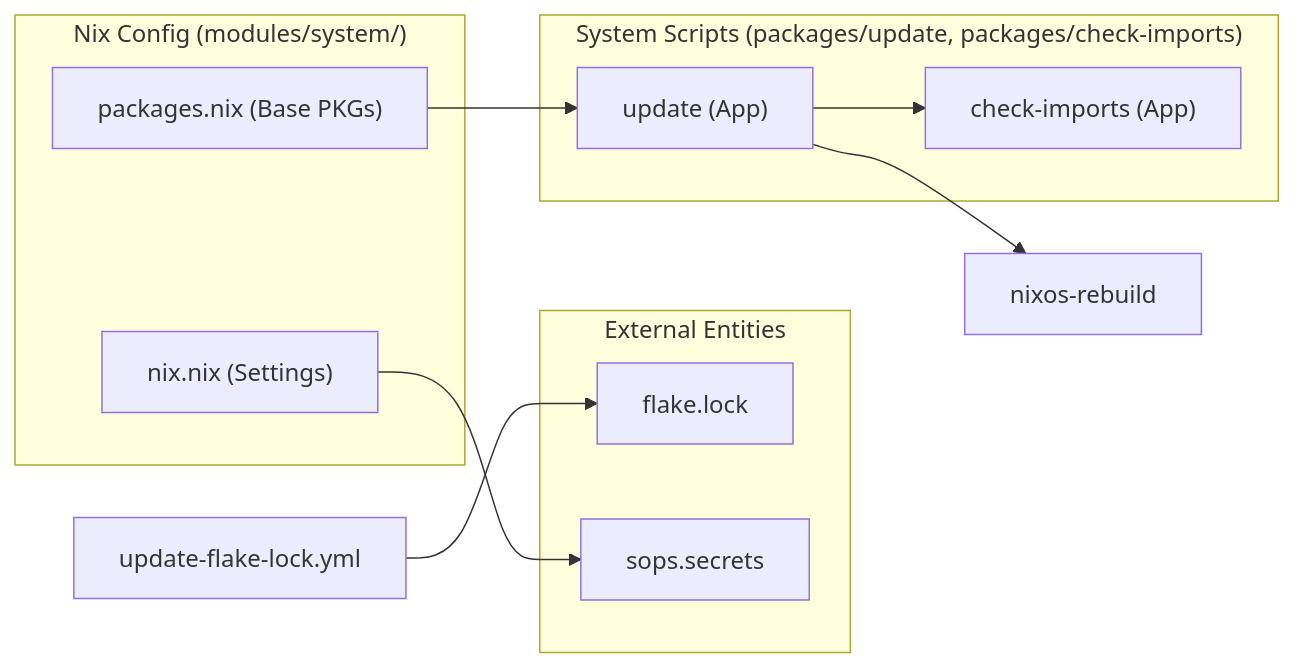
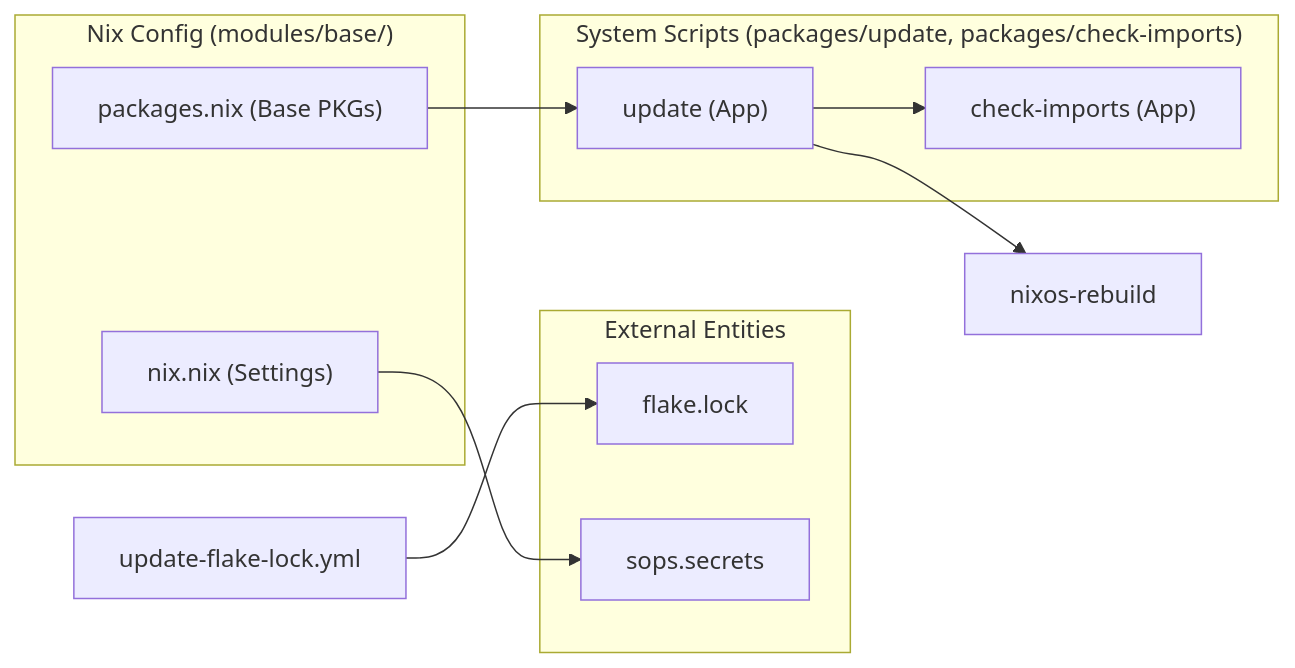
The second of 2 diagrams in docs/Getting-Started-Building-and-Updating-the-System.md (Cody-W-Tucker/nix-config), drawn with Mermaid before and after one commit. The commit also changed other lines of this file and 35 other files, not shown here.

````diff
--- a/docs/Getting-Started-Building-and-Updating-the-System.md
+++ b/docs/Getting-Started-Building-and-Updating-the-System.md
@@ -148,22 +149,22 @@
 ```mermaid
 flowchart LR
     REBUILD["nixos-rebuild"]
     GITHUB_ACTION["update-flake-lock.yml"]
     subgraph subGraph2 ["External Entities"]
         FLAKE_LOCK["flake.lock"]
         SOPS_SECRETS["sops.secrets"]
     end
-    subgraph subGraph1 ["Nix Config (modules/system/)"]
+    subgraph subGraph1 ["Nix Config (modules/base/)"]
         NIX_SETTINGS["nix.nix (Settings)"]
         SYS_PKGS["packages.nix (Base PKGs)"]
     end
     subgraph subGraph0 ["System Scripts (packages/update, packages/check-imports)"]
         UPDATE["update (App)"]
         CHECK["check-imports (App)"]
     end
     UPDATE --> CHECK
     UPDATE --> REBUILD
     SYS_PKGS --> UPDATE
     NIX_SETTINGS --> SOPS_SECRETS
     GITHUB_ACTION --> FLAKE_LOCK
 ```
````
